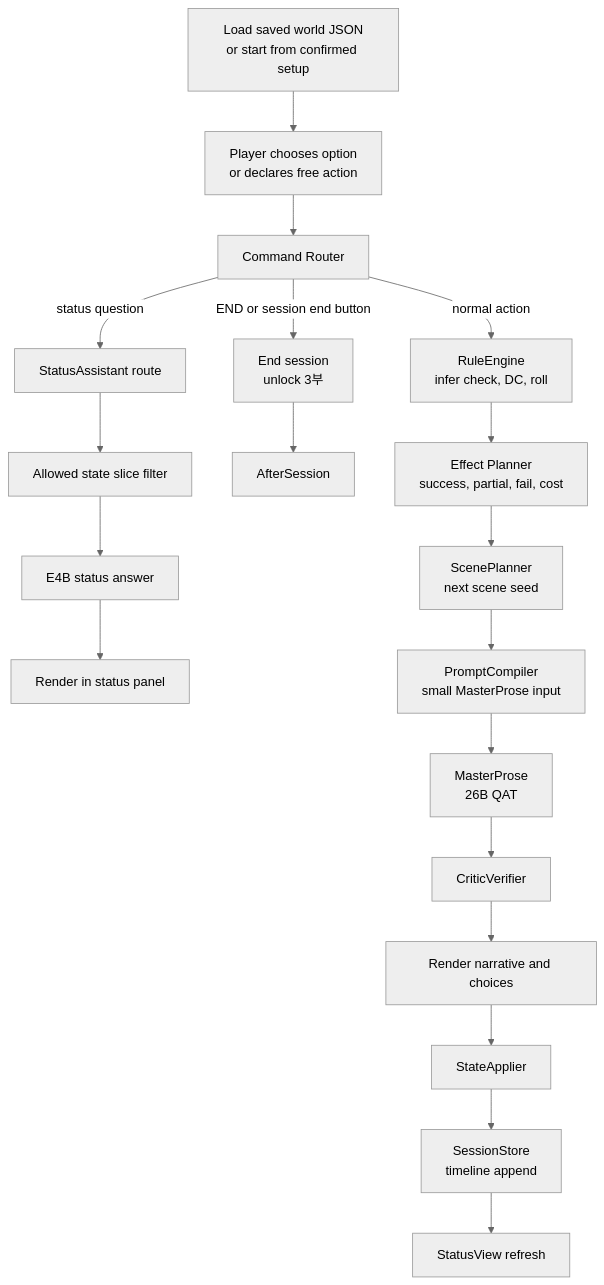
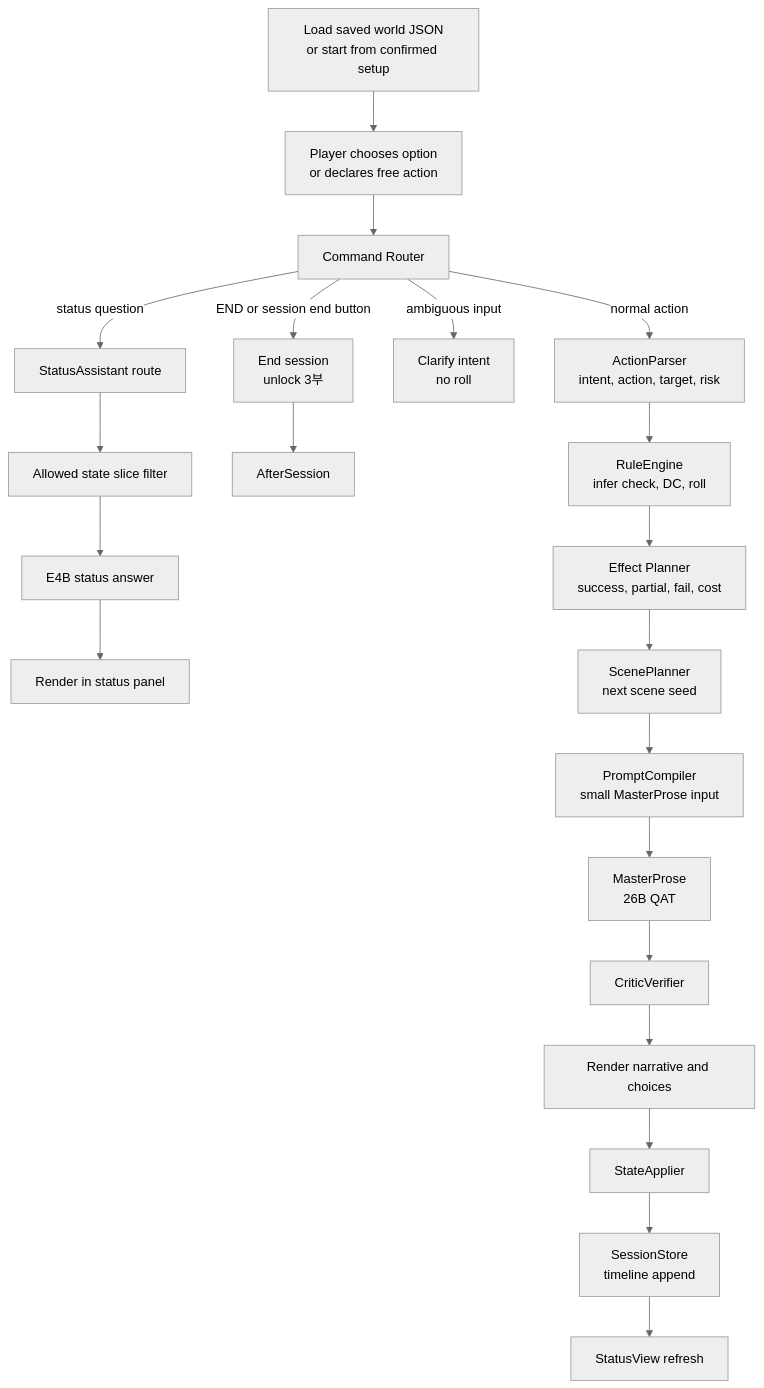
Before and after one commit to winterrainlee/winterrain_trpg: the third of 4 diagrams in design/winterrain-rp-module-architecture-design.md, drawn with Mermaid (neutral theme). The commit also changed other lines of this file and 6 other files, not shown here.

````diff
--- a/design/winterrain-rp-module-architecture-design.md
+++ b/design/winterrain-rp-module-architecture-design.md
@@ -679,23 +688,26 @@
 ```mermaid
 flowchart TD
   A0["Load saved world JSON<br/>or start from confirmed setup"] --> A["Player chooses option<br/>or declares free action"]
   A --> B["Command Router"]
   B -->|status question| SQ["StatusAssistant route"]
   SQ --> SF["Allowed state slice filter"]
   SF --> SA["E4B status answer"]
   SA --> SR["Render in status panel"]
 
   B -->|END or session end button| ER["End session<br/>unlock 3부"]
   ER --> AS["AfterSession"]
 
-  B -->|normal action| C["RuleEngine<br/>infer check, DC, roll"]
+  B -->|ambiguous input| CL["Clarify intent<br/>no roll"]
+
+  B -->|normal action| AP["ActionParser<br/>intent, action, target, risk"]
+  AP --> C["RuleEngine<br/>infer check, DC, roll"]
   C --> D["Effect Planner<br/>success, partial, fail, cost"]
   D --> E["ScenePlanner<br/>next scene seed"]
   E --> F["PromptCompiler<br/>small MasterProse input"]
   F --> G["MasterProse<br/>26B QAT"]
   G --> H["CriticVerifier"]
   H --> I["Render narrative and choices"]
   I --> J["StateApplier"]
   J --> K["SessionStore<br/>timeline append"]
   K --> L["StatusView refresh"]
 ```
````
